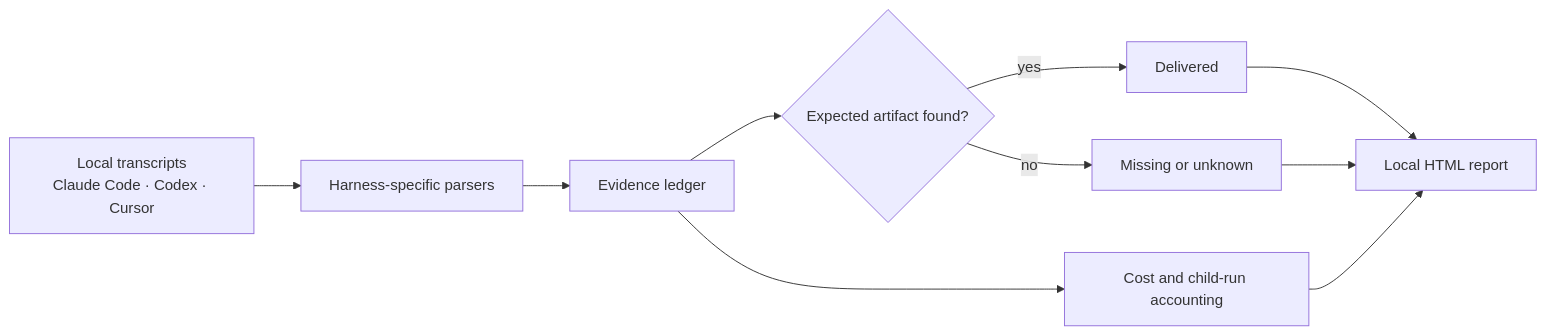
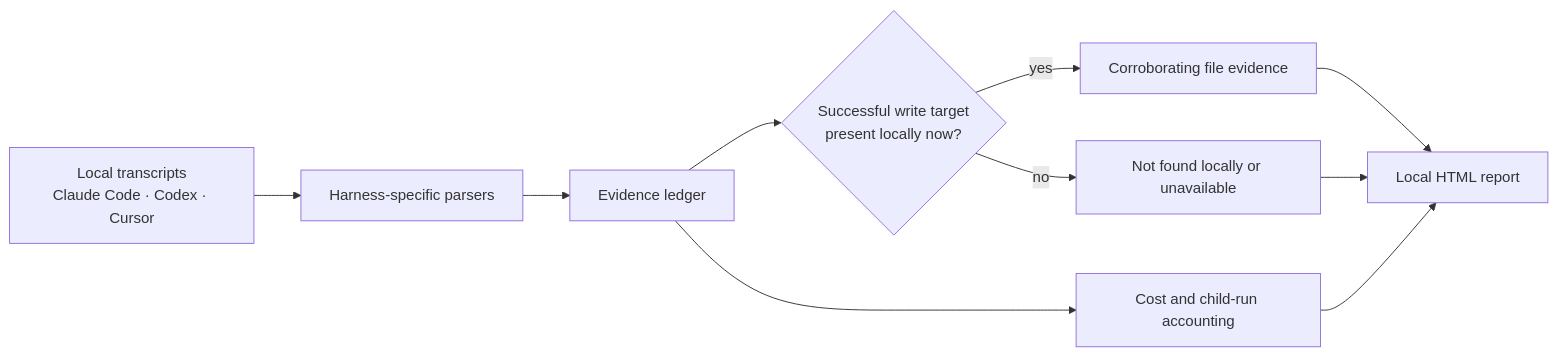
Before and after one commit to QSchlegel/session-viz: the first of 2 diagrams in README.md, drawn with Mermaid. The commit also changed other lines of this file and 11 other files, not shown here.

First line of the commit message:
[codex] Add local artifact evidence to delivery audits (#28)

````diff
--- a/README.md
+++ b/README.md
@@ -45,12 +45,12 @@
 ```mermaid
 flowchart LR
     T["Local transcripts<br/>Claude Code · Codex · Cursor"] --> P["Harness-specific parsers"]
     P --> L["Evidence ledger"]
-    L --> E{"Expected artifact found?"}
-    E -->|yes| D["Delivered"]
-    E -->|no| U["Missing or unknown"]
+    L --> E{"Successful write target<br/>present locally now?"}
+    E -->|yes| D["Corroborating file evidence"]
+    E -->|no| U["Not found locally or unavailable"]
     L --> C["Cost and child-run accounting"]
     D --> R["Local HTML report"]
     U --> R
     C --> R
 ```
````
